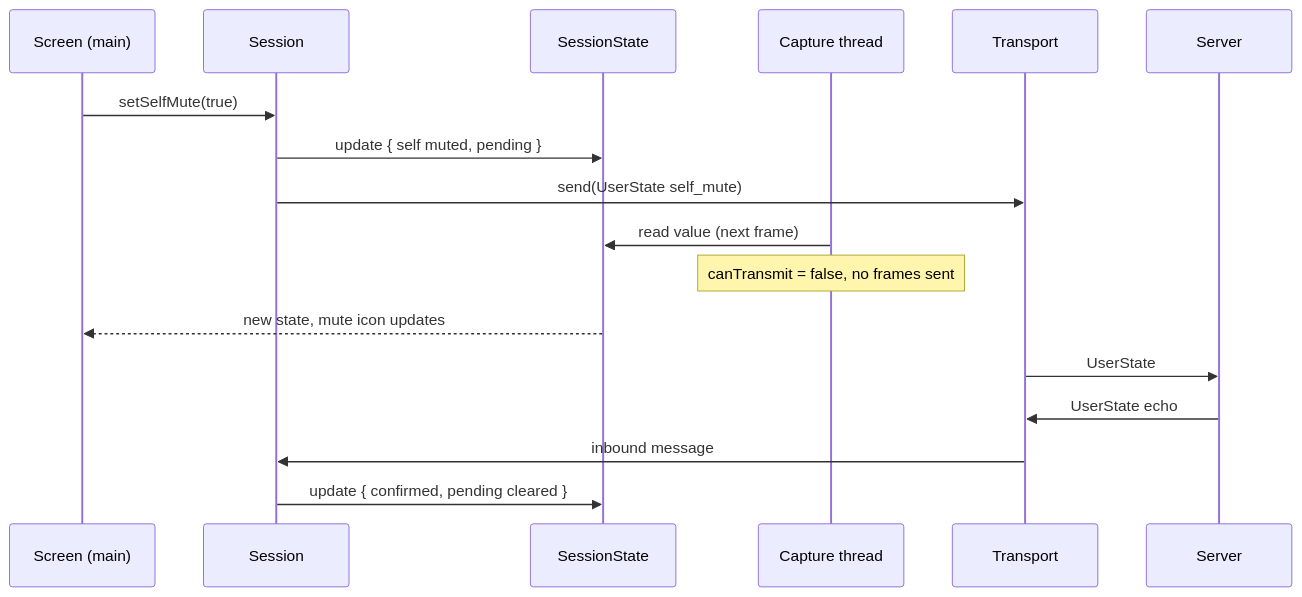
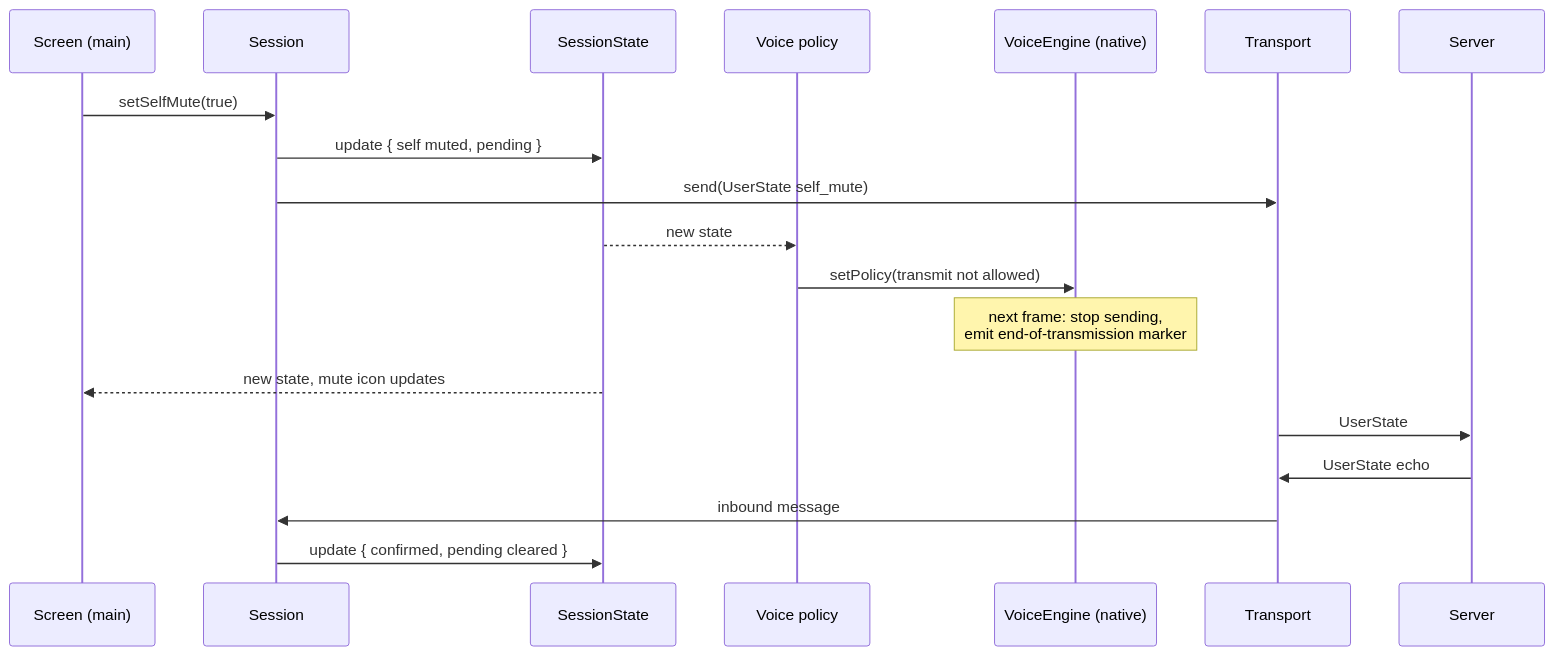
One commit to 360ied/mumla-oled changed the second of 2 diagrams in docs/tech-debt-whales/target-architecture.md. Above: the diagram before and after it, drawn with Mermaid. The commit also changed other lines of this file, not shown here.

````diff
--- a/docs/tech-debt-whales/target-architecture.md
+++ b/docs/tech-debt-whales/target-architecture.md
@@ -261,20 +388,22 @@
 ```mermaid
 sequenceDiagram
     participant UI as Screen (main)
     participant S as Session
     participant SS as SessionState
-    participant CAP as Capture thread
+    participant P as Voice policy
+    participant VE as VoiceEngine (native)
     participant TR as Transport
     participant SRV as Server
 
     UI->>S: setSelfMute(true)
     S->>SS: update { self muted, pending }
     S->>TR: send(UserState self_mute)
-    CAP->>SS: read value (next frame)
-    Note over CAP: canTransmit = false, no frames sent
+    SS-->>P: new state
+    P->>VE: setPolicy(transmit not allowed)
+    Note over VE: next frame: stop sending,<br/>emit end-of-transmission marker
     SS-->>UI: new state, mute icon updates
     TR->>SRV: UserState
     SRV->>TR: UserState echo
     TR->>S: inbound message
     S->>SS: update { confirmed, pending cleared }
 ```
````
